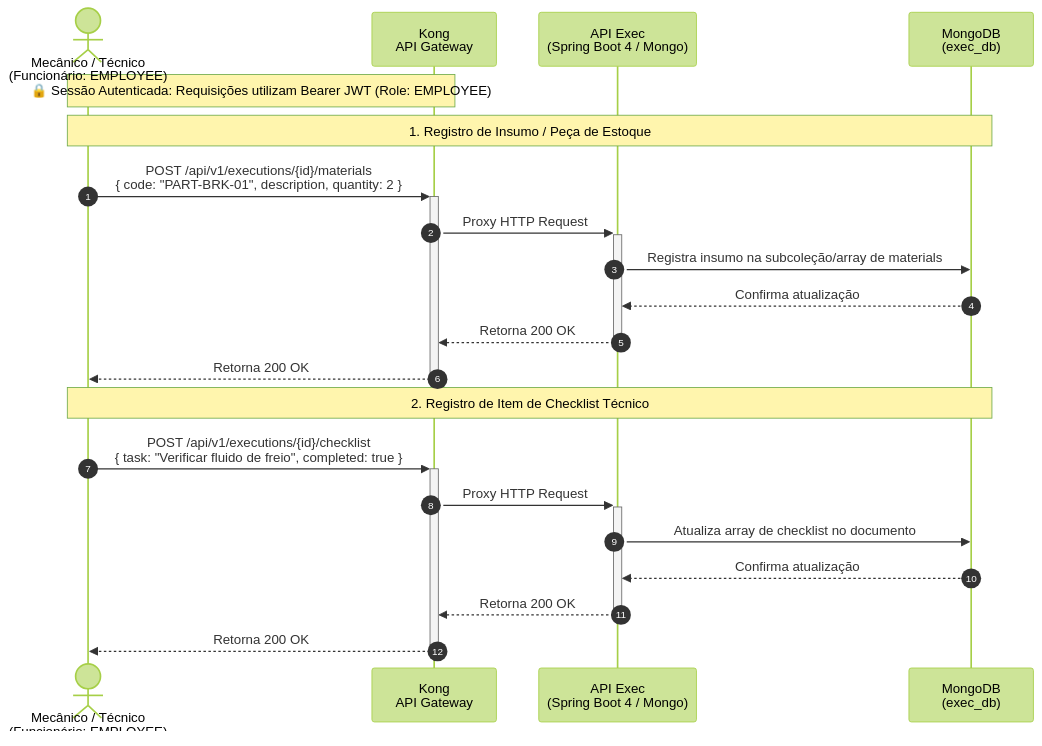
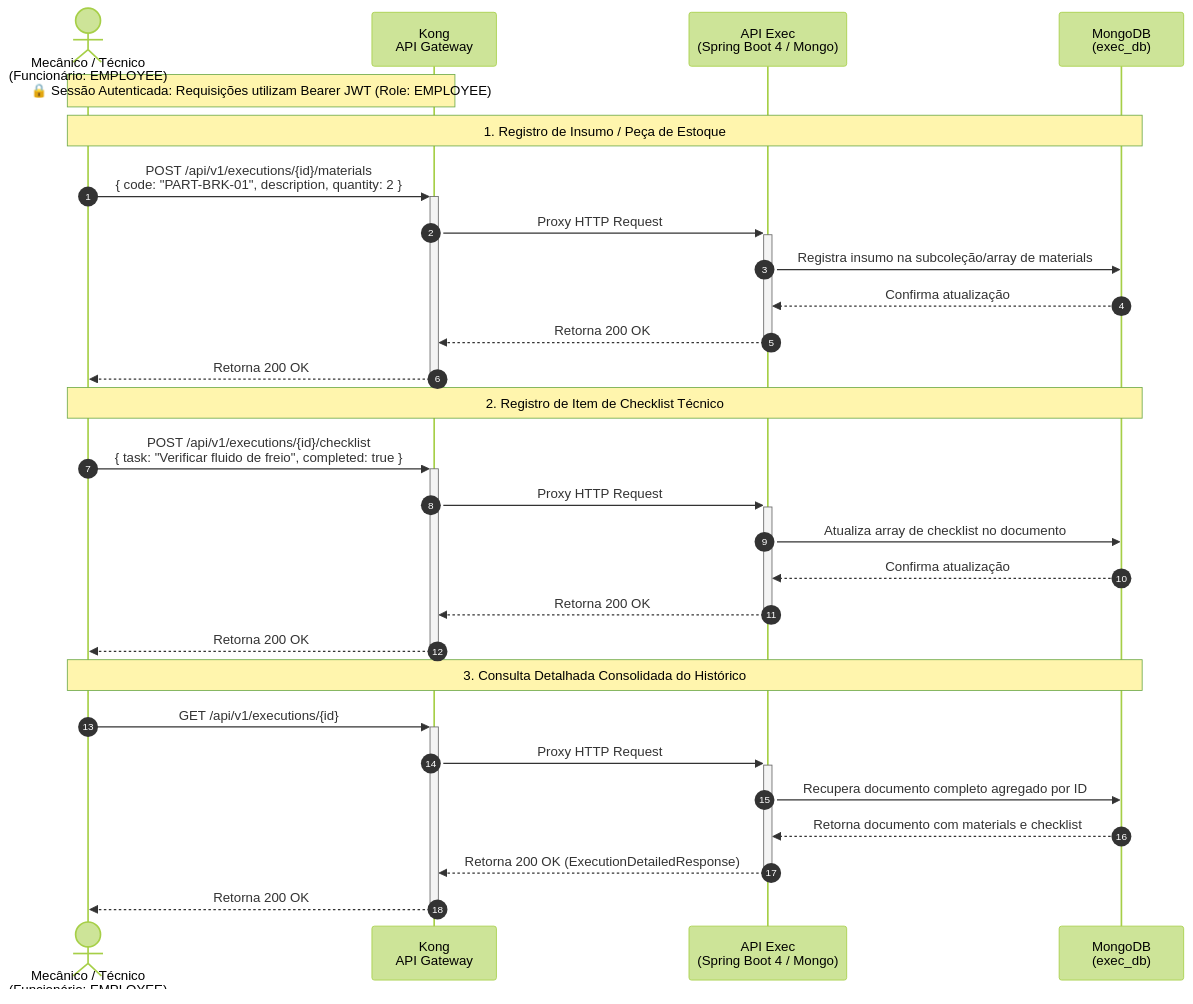
Before and after one commit to rodsordi/15soat-phase4-e2e: the diagram in src/test/resources/features/exec/materials_and_checklist.md, drawn with Mermaid (forest theme). The commit also changed 5 other files, not shown here.

Commit message:
test(exec): expand bdd scenarios and sequence diagrams for queue, failure and consolidated inspection

````diff
--- a/src/test/resources/features/exec/materials_and_checklist.md
+++ b/src/test/resources/features/exec/materials_and_checklist.md
@@ -16,28 +16,37 @@
 ```mermaid
 sequenceDiagram
     autonumber
     actor Mecanico as Mecânico / Técnico<br/>(Funcionário: EMPLOYEE)
     participant Kong as Kong<br/>API Gateway
     participant Exec as API Exec<br/>(Spring Boot 4 / Mongo)
     participant Mongo as MongoDB<br/>(exec_db)
 
     Note over Mecanico,Kong: 🔒 Sessão Autenticada: Requisições utilizam Bearer JWT (Role: EMPLOYEE)
 
     %% Lançamento de Material
     Note over Mecanico,Mongo: 1. Registro de Insumo / Peça de Estoque
     Mecanico->>+Kong: POST /api/v1/executions/{id}/materials<br/>{ code: "PART-BRK-01", description, quantity: 2 }
     Kong->>+Exec: Proxy HTTP Request
     Exec->>Mongo: Registra insumo na subcoleção/array de materials
     Mongo-->>Exec: Confirma atualização
     Exec-->>-Kong: Retorna 200 OK
     Kong-->>-Mecanico: Retorna 200 OK
 
     %% Preenchimento de Checklist
     Note over Mecanico,Mongo: 2. Registro de Item de Checklist Técnico
     Mecanico->>+Kong: POST /api/v1/executions/{id}/checklist<br/>{ task: "Verificar fluido de freio", completed: true }
     Kong->>+Exec: Proxy HTTP Request
     Exec->>Mongo: Atualiza array de checklist no documento
     Mongo-->>Exec: Confirma atualização
     Exec-->>-Kong: Retorna 200 OK
     Kong-->>-Mecanico: Retorna 200 OK
+
+    %% Consulta Consolidada
+    Note over Mecanico,Mongo: 3. Consulta Detalhada Consolidada do Histórico
+    Mecanico->>+Kong: GET /api/v1/executions/{id}
+    Kong->>+Exec: Proxy HTTP Request
+    Exec->>Mongo: Recupera documento completo agregado por ID
+    Mongo-->>Exec: Retorna documento com materials e checklist
+    Exec-->>-Kong: Retorna 200 OK (ExecutionDetailedResponse)
+    Kong-->>-Mecanico: Retorna 200 OK
 ```
````
